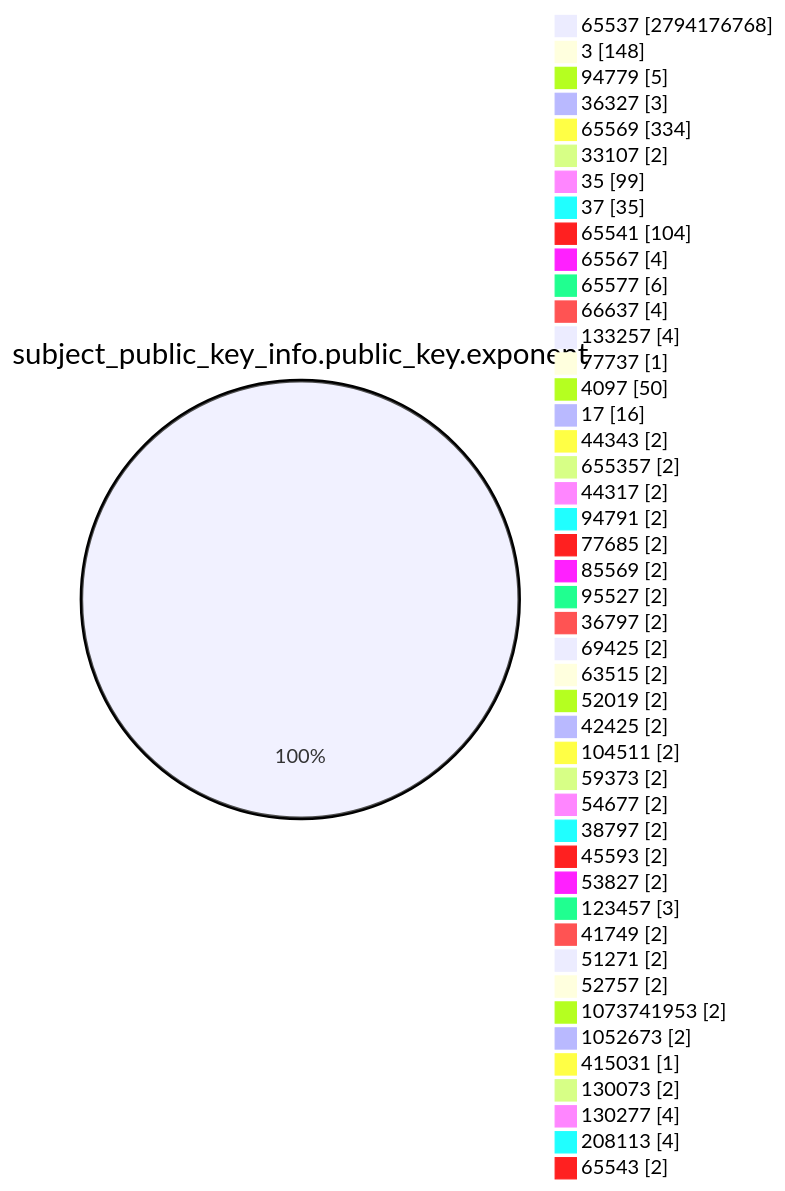
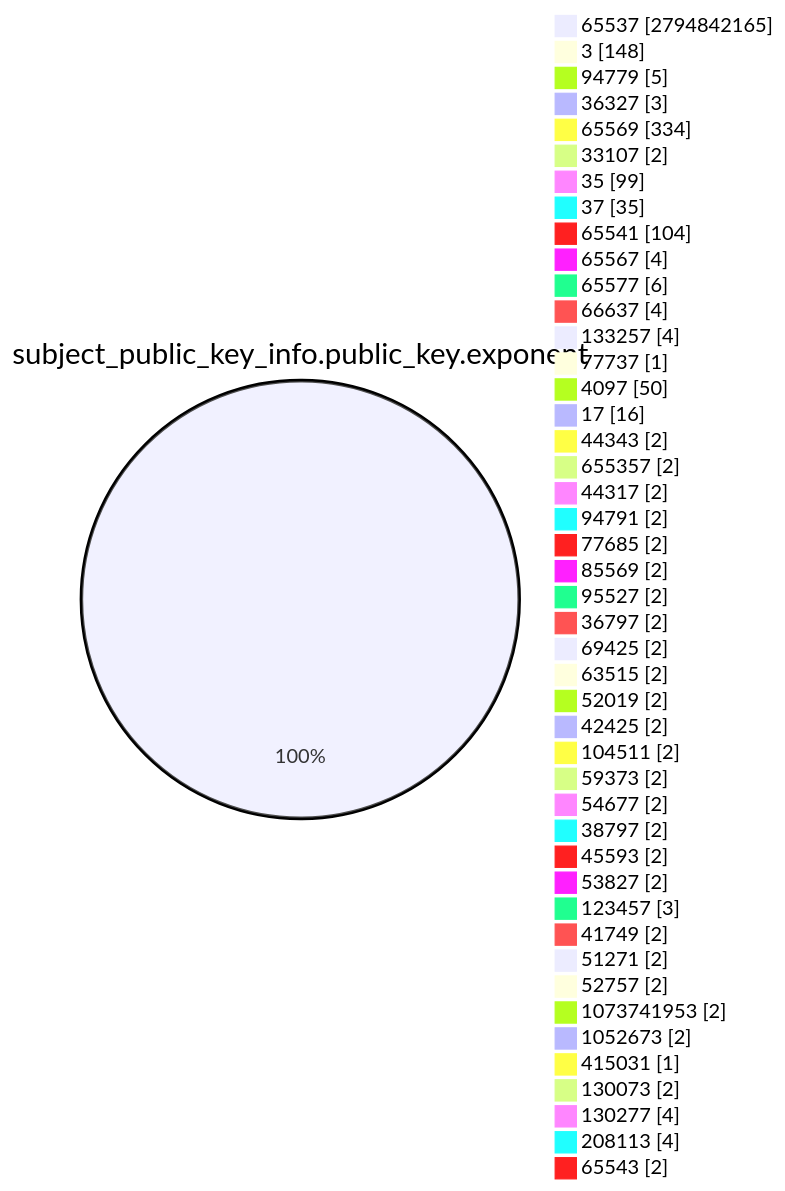
Before and after one commit to christiankrug/ctmonitor_visualization: the fourth of 15 diagrams in TOTAL/README.md, drawn with Mermaid. The commit also changed other lines of this file, not shown here.

````diff
--- a/TOTAL/README.md
+++ b/TOTAL/README.md
@@ -1467,49 +1467,49 @@
 ```mermaid
 pie showData
 title subject_public_key_info.public_key.exponent
-"65537" :2794176768
+"65537" :2794842165
 "3" :148
 "94779" :5
 "36327" :3
 "65569" :334
 "33107" :2
 "35" :99
 "37" :35
 "65541" :104
 "65567" :4
 "65577" :6
 "66637" :4
 "133257" :4
 "77737" :1
 "4097" :50
 "17" :16
 "44343" :2
 "655357" :2
 "44317" :2
 "94791" :2
 "77685" :2
 "85569" :2
 "95527" :2
 "36797" :2
 "69425" :2
 "63515" :2
 "52019" :2
 "42425" :2
 "104511" :2
 "59373" :2
 "54677" :2
 "38797" :2
 "45593" :2
 "53827" :2
 "123457" :3
 "41749" :2
 "51271" :2
 "52757" :2
 "1073741953" :2
 "1052673" :2
 "415031" :1
 "130073" :2
 "130277" :4
 "208113" :4
 "65543" :2
 ```
````
